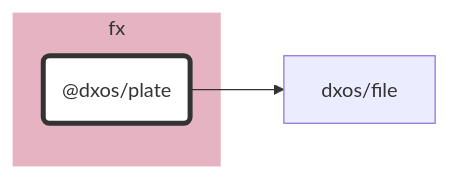
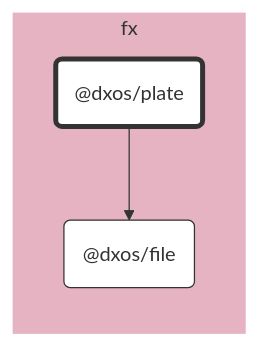
Before and after one commit to dxos/dxos: the diagram in packages/fx/plate/docs/README.md, drawn with Mermaid. The commit also changed 69 other files, not shown here.

````diff
--- a/packages/fx/plate/docs/README.md
+++ b/packages/fx/plate/docs/README.md
@@ -7,21 +7,23 @@
 ```mermaid
 %%{ init: {'flowchart':{'curve':'basis'}} }%%
 
 flowchart LR
 
 %% Classes
 classDef def fill:#fff,stroke:#333,stroke-width:1px
 classDef root fill:#fff,stroke:#333,stroke-width:4px
 
 %% Nodes
 
 subgraph fx [fx]
   style fx fill:#e6b3c3,stroke:#fff
   dxos/plate("@dxos/plate"):::root
   click dxos/plate "dxos/dxos/tree/main/packages/fx/plate/docs"
+  dxos/file("@dxos/file"):::def
+  click dxos/file "dxos/dxos/tree/main/packages/fx/file/docs"
 end
 
 %% Links
 linkStyle default stroke:#333,stroke-width:1px
 dxos/plate --> dxos/file
 ```
````
